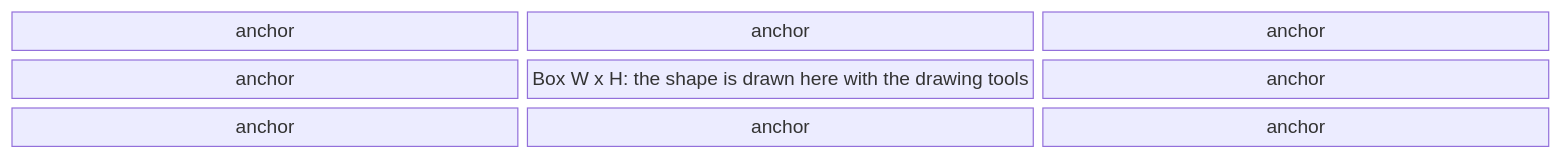
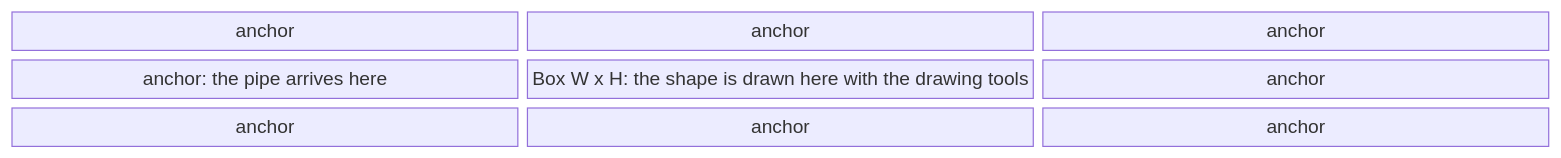
One commit to AlexandreGallais/synoptic-studio-spec changed the sixth of 9 diagrams in screens/pipes.md. Above: the diagram before and after it, drawn with Mermaid. The commit also changed other lines of this file and 8 other files, not shown here.

````diff
--- a/screens/pipes.md
+++ b/screens/pipes.md
@@ -145,7 +156,7 @@
 ```mermaid
 block-beta
     columns 3
     a1["anchor"] a2["anchor"] a3["anchor"]
-    a4["anchor"] box["Box W x H: the shape is drawn here with the drawing tools"] a6["anchor"]
+    a4["anchor: the pipe arrives here"] box["Box W x H: the shape is drawn here with the drawing tools"] a6["anchor"]
     a7["anchor"] a8["anchor"] a9["anchor"]
 ```
````
